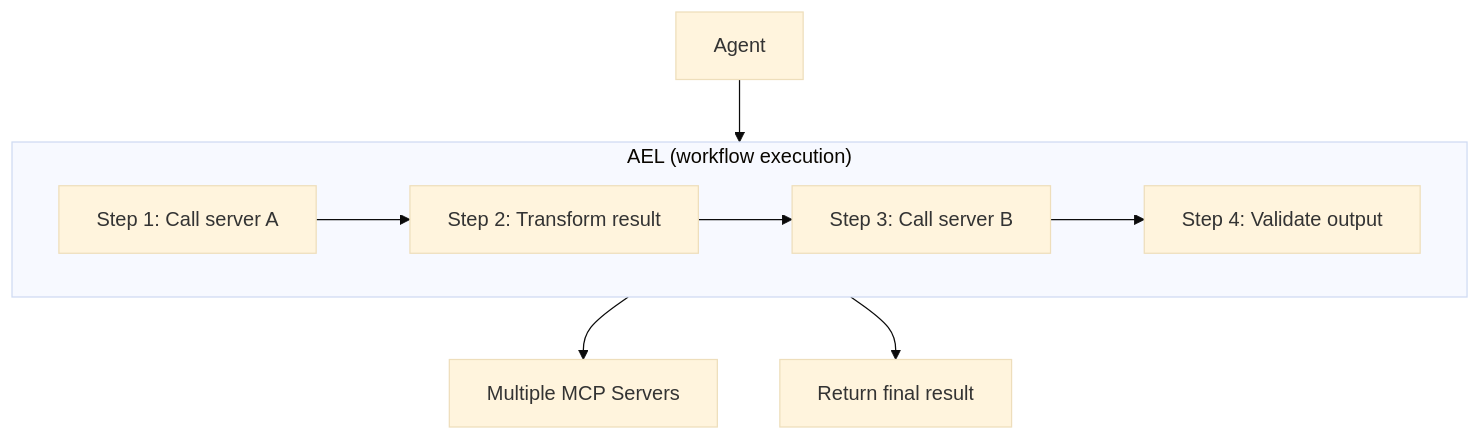
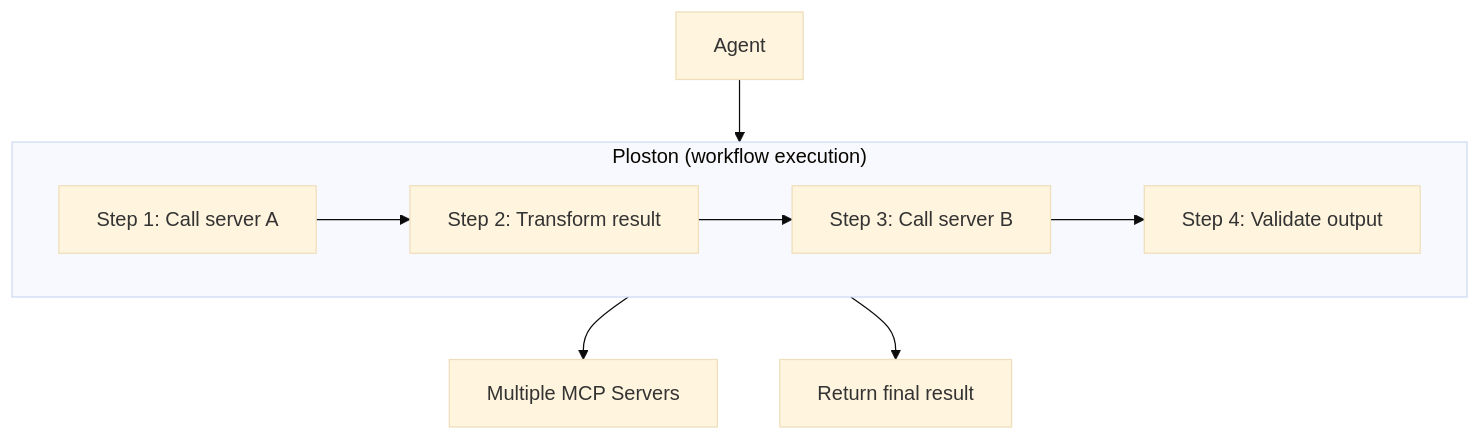
Before and after one commit to ostanlabs/ael_documentation: the second of 4 diagrams in docs/why-ploston.md, drawn with Mermaid (base theme). The commit also changed other lines of this file and 9 other files, not shown here.

First line of the commit message:
docs: align with 4-package architecture and Ploston branding

````diff
--- a/docs/why-ploston.md
+++ b/docs/why-ploston.md
@@ -158,15 +158,15 @@
 ```mermaid
 flowchart TB
     Agent --> Ploston
     Ploston --> Servers["Multiple MCP Servers"]
 
-    subgraph Ploston["AEL (workflow execution)"]
+    subgraph Ploston["Ploston (workflow execution)"]
         S1["Step 1: Call server A"]
         S2["Step 2: Transform result"]
         S3["Step 3: Call server B"]
         S4["Step 4: Validate output"]
         S1 --> S2 --> S3 --> S4
     end
 
     Ploston --> Result["Return final result"]
 ```
````
